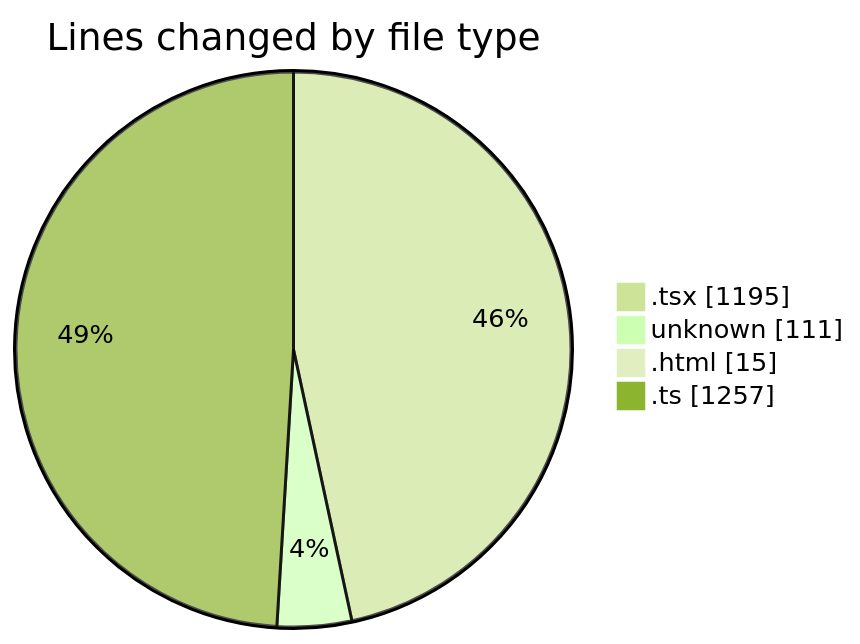
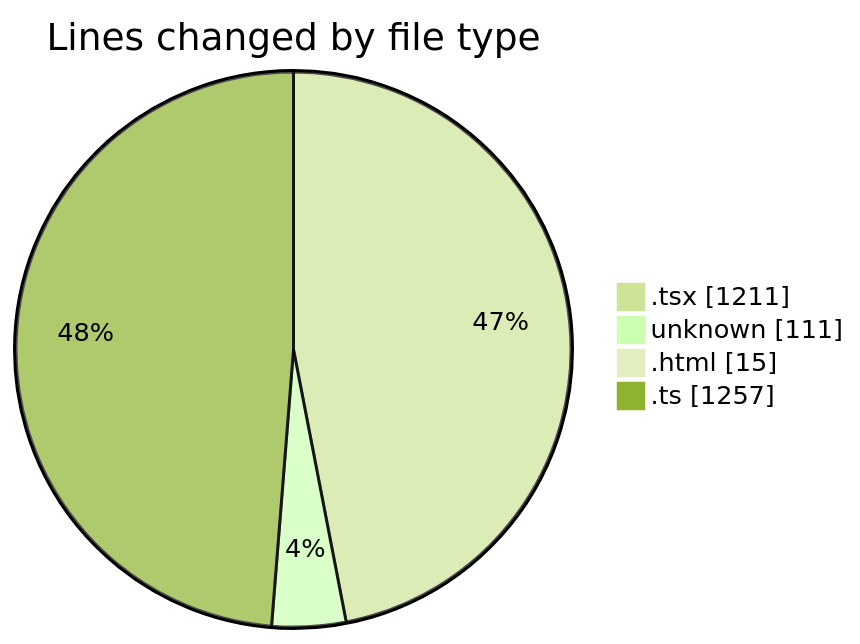
One commit to JenPaints/code-tracking changed the first of 2 diagrams in 2025-06-23/archive/README.md. Above: the diagram before and after it, drawn with Mermaid (forest theme). The commit also changed other lines of this file and 1 other file, not shown here.

````diff
--- a/2025-06-23/archive/README.md
+++ b/2025-06-23/archive/README.md
@@ -26,8 +26,8 @@
 ```mermaid
 pie showData
 title Lines changed by file type
-".tsx" : 1195
+".tsx" : 1211
 "unknown" : 111
 ".html" : 15
 ".ts" : 1257
 ```
````
